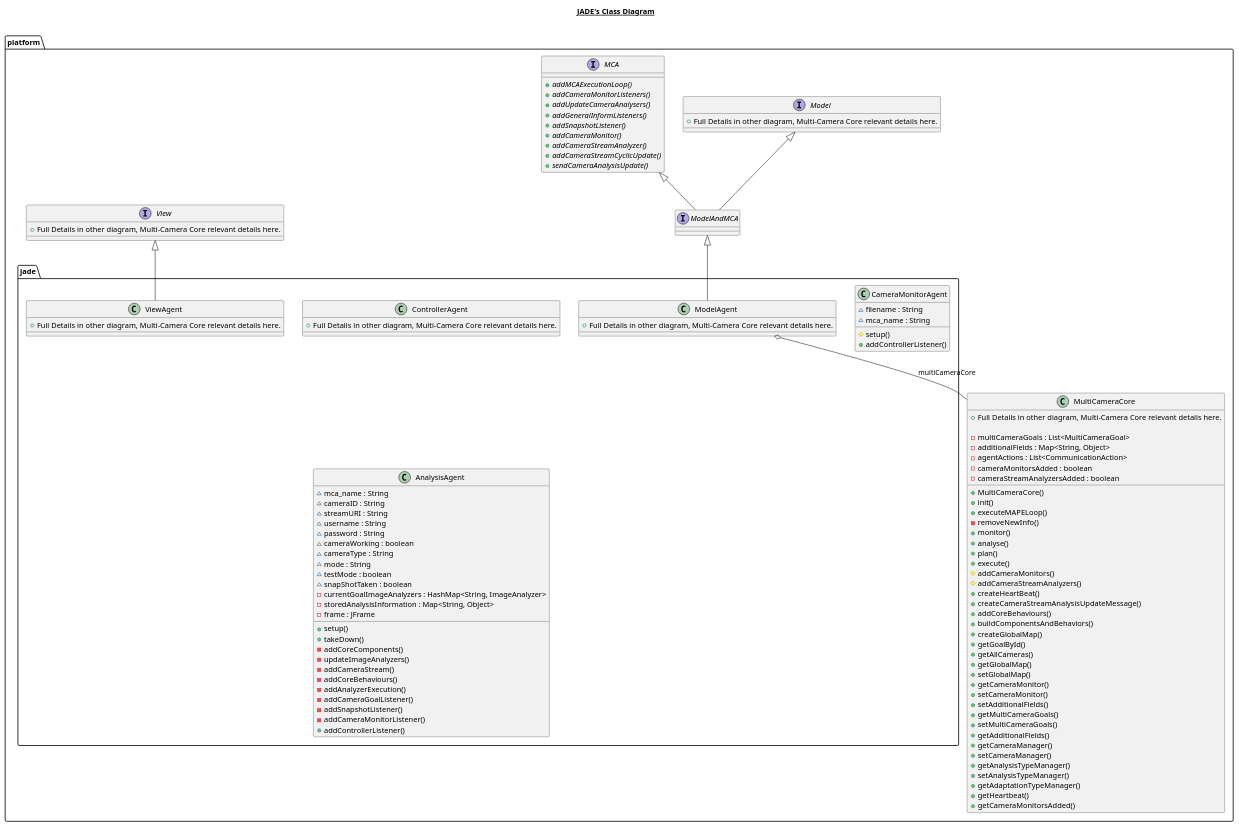
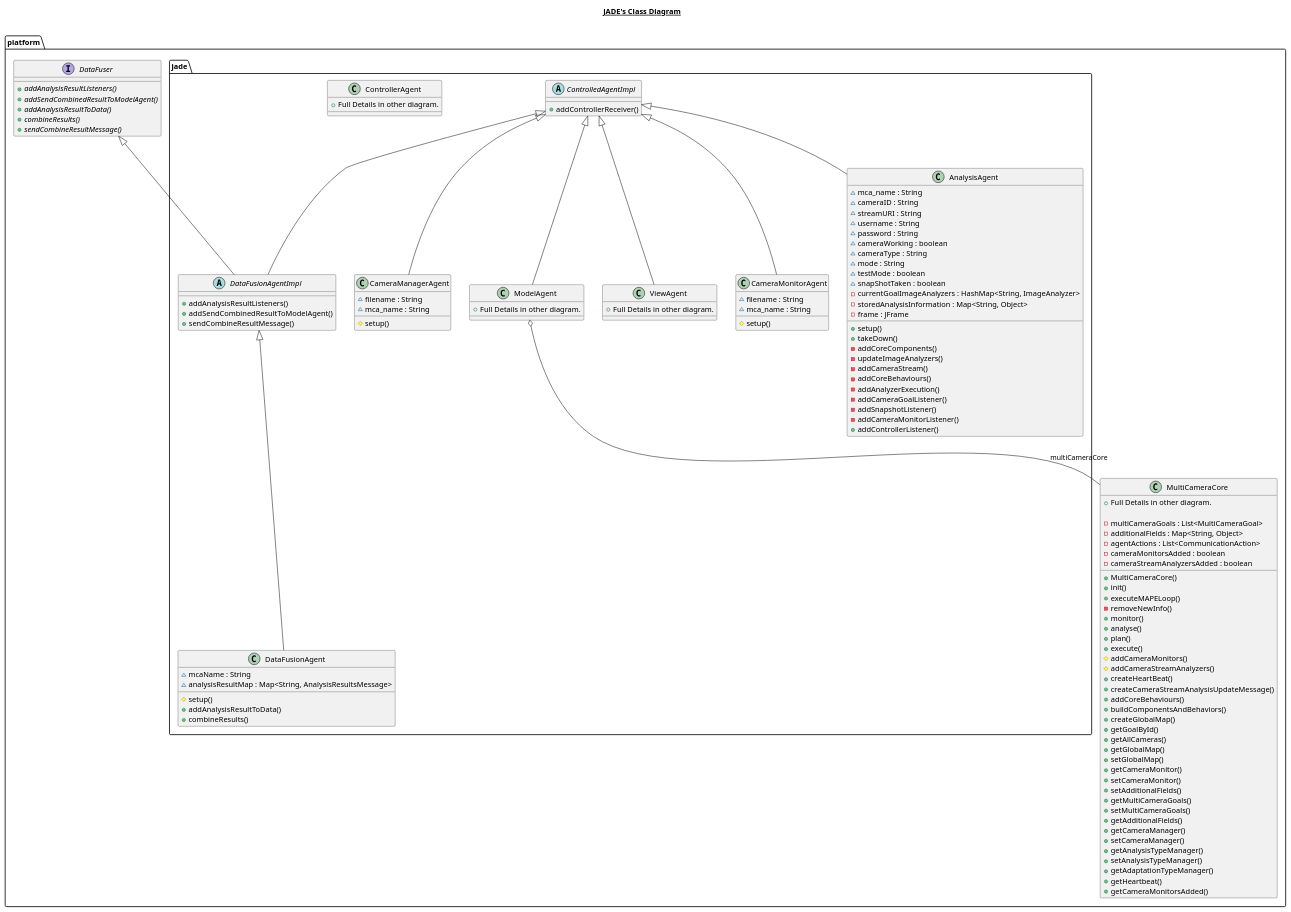
One commit to TasMarshall/multiCameraApplicationPlatform changed the diagram in src/main/java/platform/jade/custome.plantuml. Above: the diagram before and after it, drawn with PlantUML. The commit also changed 29 other files, not shown here.

```diff
--- a/src/main/java/platform/jade/custome.plantuml
+++ b/src/main/java/platform/jade/custome.plantuml
@@ -1,155 +1,181 @@
 @startuml
 
 title __JADE's Class Diagram__\n
 
-       package platform {
-         interface Model {
-             + Full Details in other diagram, Multi-Camera Core relevant details here.
-         }
-       }
-
-
-  package platform {
-    interface View {
-        + Full Details in other diagram, Multi-Camera Core relevant details here.
-    }
-  }
-
-           package platform {
-             interface MCA {
-                 {abstract} + addMCAExecutionLoop()
-                 {abstract} + addCameraMonitorListeners()
-                 {abstract} + addUpdateCameraAnalysers()
-                 {abstract} + addGeneralInformListeners()
-                 {abstract} + addSnapshotListener()
-                 {abstract} + addCameraMonitor()
-                 {abstract} + addCameraStreamAnalyzer()
-                 {abstract} + addCameraStreamCyclicUpdate()
-                 {abstract} + sendCameraAnalysisUpdate()
-             }
-           }
-
            package platform {
                class MultiCameraCore {
-                   + Full Details in other diagram, Multi-Camera Core relevant details here.
+                   + Full Details in other diagram.
 
                    - multiCameraGoals : List<MultiCameraGoal>
                    - additionalFields : Map<String, Object>
                    - agentActions : List<CommunicationAction>
                    - cameraMonitorsAdded : boolean
                    - cameraStreamAnalyzersAdded : boolean
                    + MultiCameraCore()
                    + init()
                    + executeMAPELoop()
                    - removeNewInfo()
                    + monitor()
                    + analyse()
                    + plan()
                    + execute()
                    # addCameraMonitors()
                    # addCameraStreamAnalyzers()
                    + createHeartBeat()
                    + createCameraStreamAnalysisUpdateMessage()
                    + addCoreBehaviours()
                    + buildComponentsAndBehaviors()
                    + createGlobalMap()
                    + getGoalById()
                    + getAllCameras()
                    + getGlobalMap()
                    + setGlobalMap()
                    + getCameraMonitor()
                    + setCameraMonitor()
                    + setAdditionalFields()
                    + getMultiCameraGoals()
                    + setMultiCameraGoals()
                    + getAdditionalFields()
                    + getCameraManager()
                    + setCameraManager()
                    + getAnalysisTypeManager()
                    + setAnalysisTypeManager()
                    + getAdaptationTypeManager()
                    + getHeartbeat()
                    + getCameraMonitorsAdded()
                }
              }
 
+             package platform {
+                 package platform.jade {
+                   class CameraManagerAgent {
+                       ~ filename : String
+                       ~ mca_name : String
+                       # setup()
+                   }
+                 }
+               }
+
      package platform {
         package platform.jade {
           class ControllerAgent {
-            + Full Details in other diagram, Multi-Camera Core relevant details here.
+            + Full Details in other diagram.
           }
         }
       }
 
      package platform {
         package platform.jade {
           class ModelAgent {
-            + Full Details in other diagram, Multi-Camera Core relevant details here.
+            + Full Details in other diagram.
           }
         }
       }
 
-
-
     package platform {
       package platform.jade {
         class ViewAgent {
-            + Full Details in other diagram, Multi-Camera Core relevant details here.
+            + Full Details in other diagram.
         }
-      }
-    }
-
-    package platform {
-      interface ModelAndMCA {
       }
     }
 
       package platform {
         package platform.jade {
-          class CameraMonitorAgent {
-              ~ filename : String
-              ~ mca_name : String
+          class DataFusionAgent {
+              ~ mcaName : String
+              ~ analysisResultMap : Map<String, AnalysisResultsMessage>
               # setup()
-              + addControllerListener()
+              + addAnalysisResultToData()
+              + combineResults()
           }
         }
       }
+
+        package platform {
+          package platform.jade {
+            abstract class DataFusionAgentImpl {
+                + addAnalysisResultListeners()
+                + addSendCombinedResultToModelAgent()
+                + sendCombineResultMessage()
+            }
+          }
+        }
+
+
+     package platform {
+        interface DataFuser {
+            {abstract} + addAnalysisResultListeners()
+            {abstract} + addSendCombinedResultToModelAgent()
+            {abstract} + addAnalysisResultToData()
+            {abstract} + combineResults()
+            {abstract} + sendCombineResultMessage()
+        }
+      }
+
+       package platform {
+          package platform.jade {
+            abstract class ControlledAgentImpl {
+                + addControllerReceiver()
+            }
+          }
+        }
+
+  package platform {
+    package platform.jade {
+      class CameraMonitorAgent {
+          ~ filename : String
+          ~ mca_name : String
+          # setup()
+      }
+    }
+  }
 
         package platform {
           package platform.jade {
             class AnalysisAgent {
                 ~ mca_name : String
                 ~ cameraID : String
                 ~ streamURI : String
                 ~ username : String
                 ~ password : String
                 ~ cameraWorking : boolean
                 ~ cameraType : String
                 ~ mode : String
                 ~ testMode : boolean
                 ~ snapShotTaken : boolean
                 - currentGoalImageAnalyzers : HashMap<String, ImageAnalyzer>
                 - storedAnalysisInformation : Map<String, Object>
                 - frame : JFrame
                 + setup()
                 + takeDown()
                 - addCoreComponents()
                 - updateImageAnalyzers()
                 - addCameraStream()
                 - addCoreBehaviours()
                 - addAnalyzerExecution()
                 - addCameraGoalListener()
                 - addSnapshotListener()
                 - addCameraMonitorListener()
                 + addControllerListener()
             }
           }
         }
 
-  ViewAgent -up-|> View
-  ModelAgent -up-|> ModelAndMCA
+
   ModelAgent o-- MultiCameraCore : multiCameraCore
-  ModelAndMCA -up-|> MCA
-  ModelAndMCA -up-|> Model
+
+  ViewAgent -up-|> ControlledAgentImpl
+  ModelAgent -up-|> ControlledAgentImpl
+
+  DataFusionAgent -up-|> DataFusionAgentImpl
+
+  DataFusionAgentImpl -up-|> DataFuser
+  DataFusionAgentImpl -up-|> ControlledAgentImpl
+
+  AnalysisAgent -up-|> ControlledAgentImpl
+
+  CameraMonitorAgent -up-|> ControlledAgentImpl
+  CameraManagerAgent -up-|> ControlledAgentImpl
 
 @enduml
```
